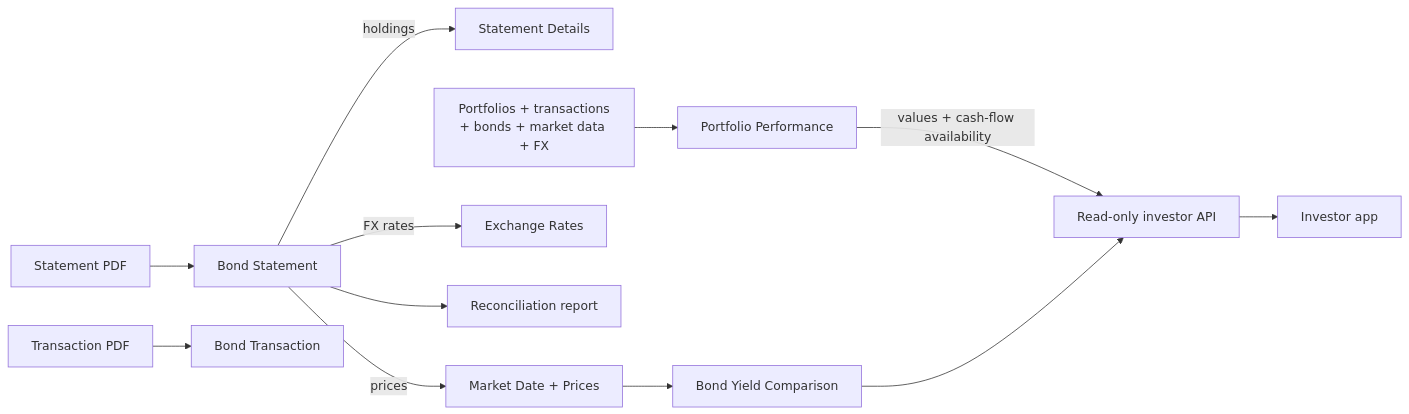
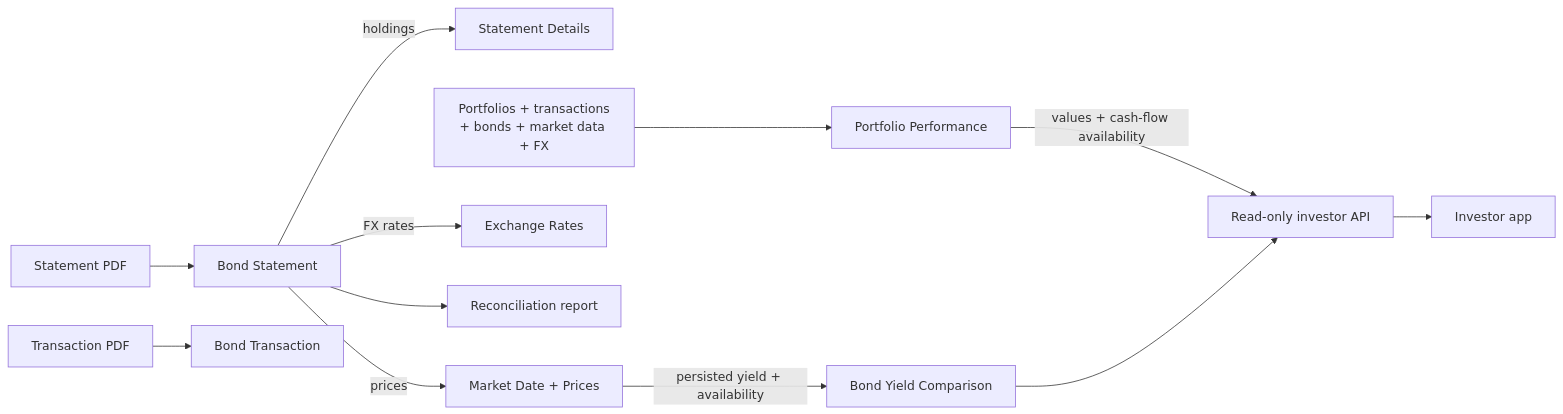
Before and after one commit to dee-pat/bond_management: the second of 2 diagrams in docs/domain-model.md, drawn with Mermaid. The commit also changed other lines of this file and 22 other files, not shown here.

Commit message:
Persist market yield availability separately from genuine zero

````diff
--- a/docs/domain-model.md
+++ b/docs/domain-model.md
@@ -62,22 +62,22 @@
 ```mermaid
 flowchart LR
     SPDF["Statement PDF"] --> BS["Bond Statement"]
     TPDF["Transaction PDF"] --> BT["Bond Transaction"]
 
     BS -->|"holdings"| BSD["Statement Details"]
     BS -->|"prices"| MARKET["Market Date + Prices"]
     BS -->|"FX rates"| FX["Exchange Rates"]
     BS --> REPORT["Reconciliation report"]
 
     DATA["Portfolios + transactions<br/>+ bonds + market data + FX"]
     PP["Portfolio Performance"]
     YIELD["Bond Yield Comparison"]
     API["Read-only investor API"]
     SPA["Investor app"]
 
     DATA --> PP
-    MARKET --> YIELD
+    MARKET -->|"persisted yield + availability"| YIELD
     PP -->|"values + cash-flow availability"| API
     YIELD --> API
     API --> SPA
 ```
````
